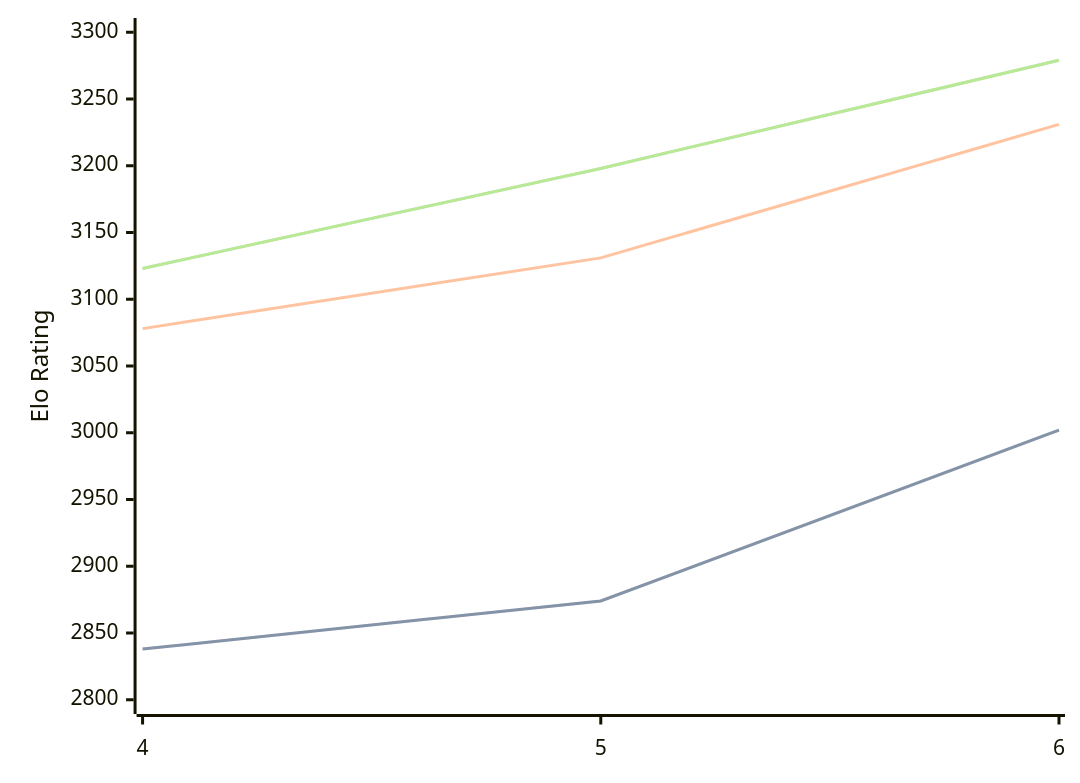
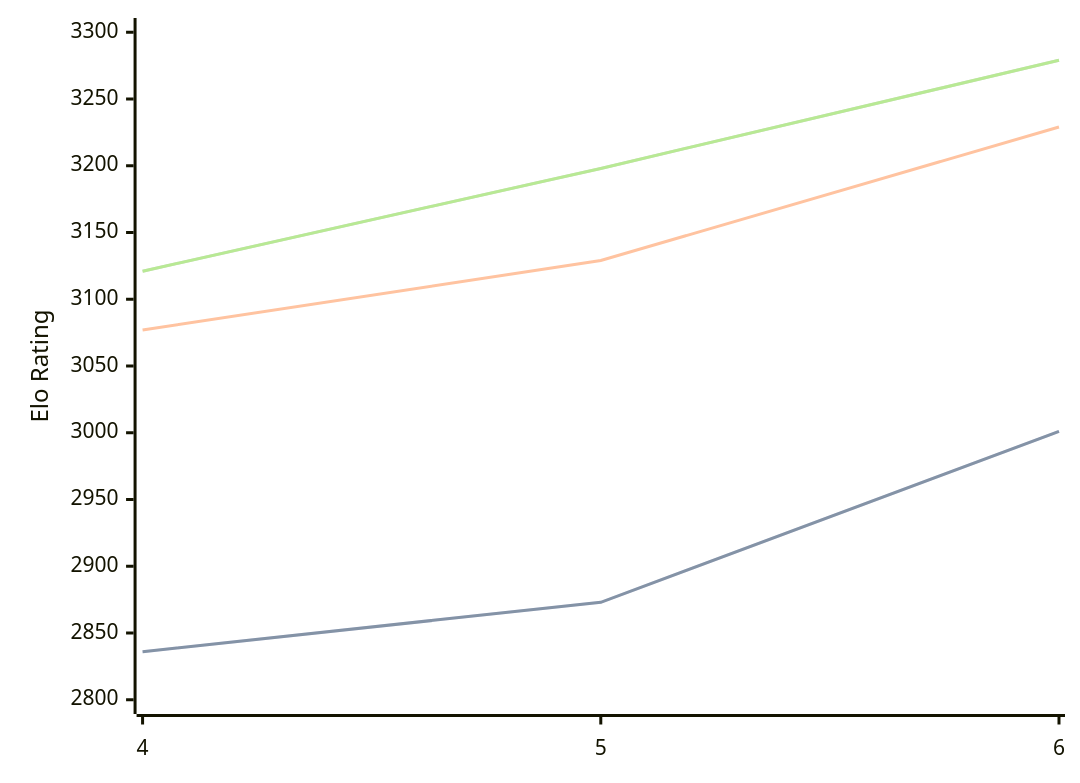
One commit to computer-chess-index/cci changed the diagram in engines/Cwtch.md. Above: the diagram before and after it, drawn with Mermaid. The commit also changed other lines of this file, not shown here.

Commit message:
Update CCI Ratings (ELO VLTC) - 2026-08-11

````diff
--- a/engines/Cwtch.md
+++ b/engines/Cwtch.md
@@ -34,11 +34,11 @@
 ```mermaid
 %%{init: {"theme":"base","themeVariables":{"seriesColors:['#a3a3a3','#222221','#faa371']}}}%%
 xychart-beta
   x-axis ["4", "5", "6"]
   y-axis "Elo Rating" 2800 --> 3300
-  line "STC (8.0+0.08s)" [2838, 2874, 3002]
-  line "STC (8.0+0.08s)" [2838, 2874, 3002]
-  line "LTC (60.0+0.60s)" [3078, 3131, 3231]
-  line "VLTC (2m24s+1.12s)" [3123, 3198, 3279]
-  line "VLTC (2m24s+1.12s)" [3123, 3198, 3279]
+  line "STC (8.0+0.08s)" [2836, 2873, 3001]
+  line "STC (8.0+0.08s)" [2836, 2873, 3001]
+  line "LTC (60.0+0.60s)" [3077, 3129, 3229]
+  line "VLTC (2m24s+1.12s)" [3121, 3198, 3279]
+  line "VLTC (2m24s+1.12s)" [3121, 3198, 3279]
 ```
````
